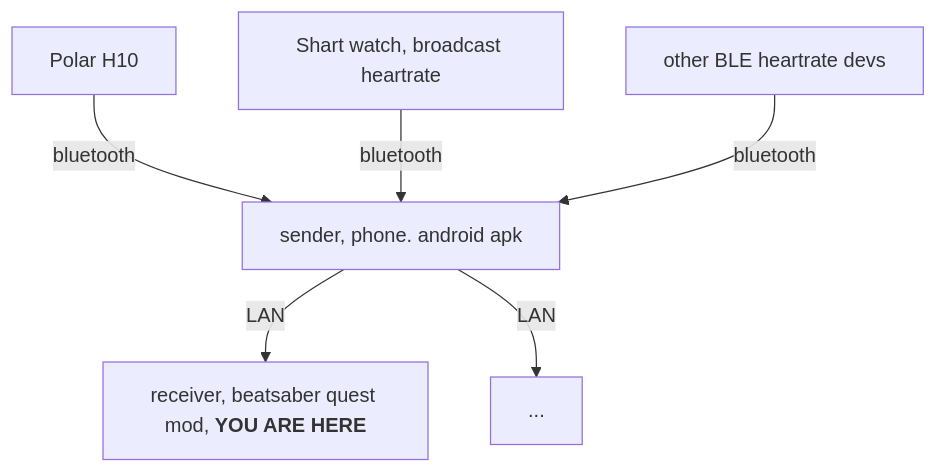
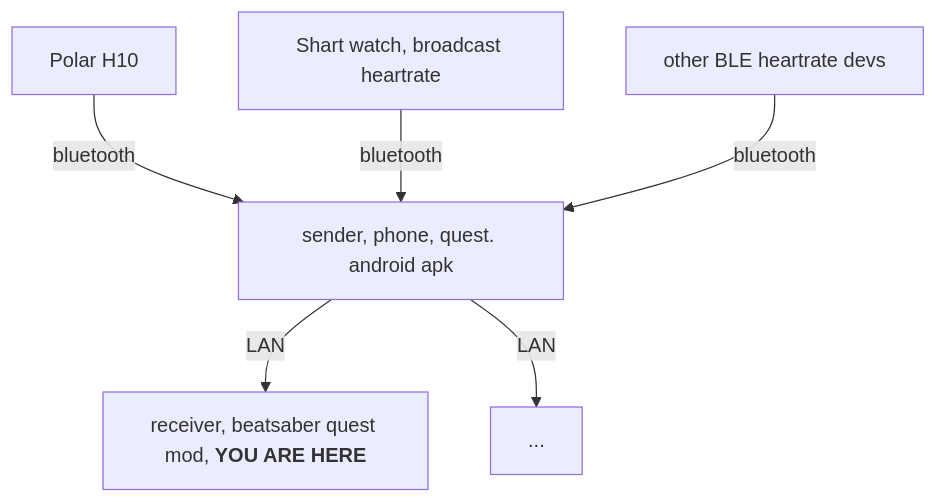
One commit to frto027/HeartBeatLanClientBSQuest changed the diagram in README.md. Above: the diagram before and after it, drawn with Mermaid. The commit also changed other lines of this file and 1 other file, not shown here.

Commit message:
you can do it without android phone

````diff
--- a/README.md
+++ b/README.md
@@ -12,14 +12,14 @@
 ```mermaid
 graph TD;
     POLAR_H10[Polar H10]
     SMART_WATCH[Shart watch, broadcast heartrate]
     BLE_DEV[other BLE heartrate devs]
-    PHONE[sender, phone. android apk]
+    PHONE[sender, phone, quest. android apk]
     BEATSABER[receiver, beatsaber quest mod, <b>YOU ARE HERE</b>]
 
     POLAR_H10--bluetooth-->PHONE;
     SMART_WATCH--bluetooth-->PHONE;
     BLE_DEV--bluetooth-->PHONE;
     PHONE--LAN-->BEATSABER;
     PHONE--LAN-->...;
 ```
````
